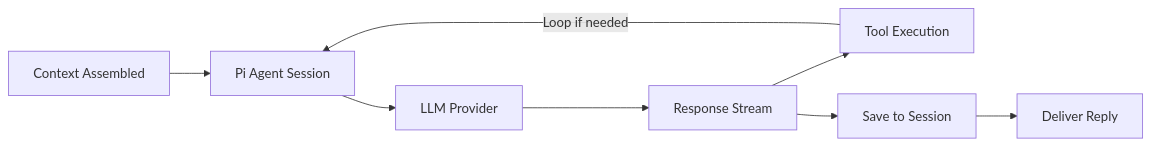
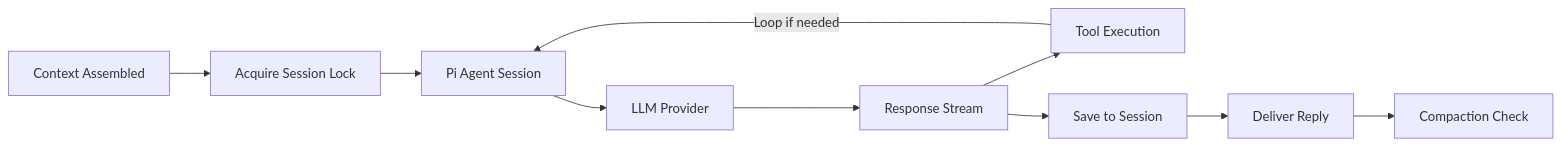
Before and after one commit to grl-builder/clawdbot-notes: the third of 3 diagrams in agent-context-and-runtime.md, drawn with Mermaid. The commit also changed other lines of this file and 4 other files, not shown here.

````diff
--- a/agent-context-and-runtime.md
+++ b/agent-context-and-runtime.md
@@ -132,10 +172,12 @@
 ```mermaid
 graph LR
-    A[Context Assembled] --> B[Pi Agent Session]
-    B --> C[LLM Provider]
-    C --> D[Response Stream]
-    D --> E[Tool Execution]
-    E -->|Loop if needed| B
-    D --> F[Save to Session]
-    F --> G[Deliver Reply]
+    A[Context Assembled] --> B[Acquire Session Lock]
+    B --> C[Pi Agent Session]
+    C --> D[LLM Provider]
+    D --> E[Response Stream]
+    E --> F[Tool Execution]
+    F -->|Loop if needed| C
+    E --> G[Save to Session]
+    G --> H[Deliver Reply]
+    H --> I[Compaction Check]
 ```
````
